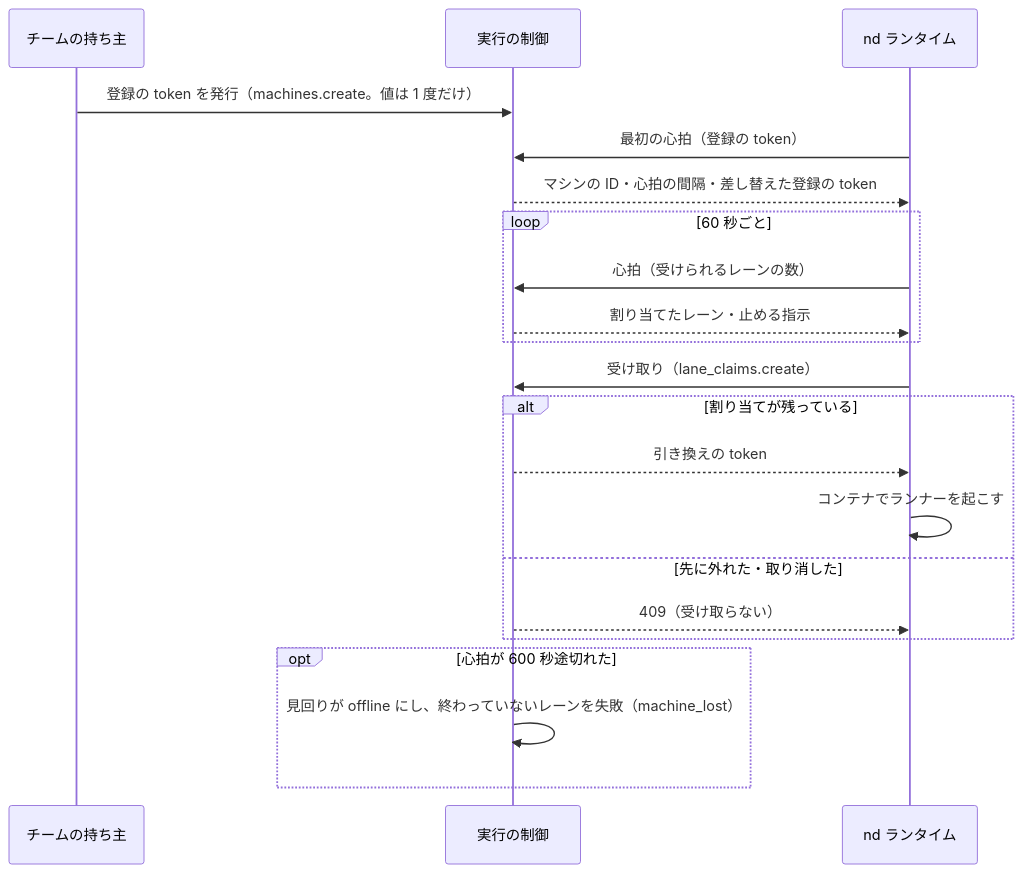
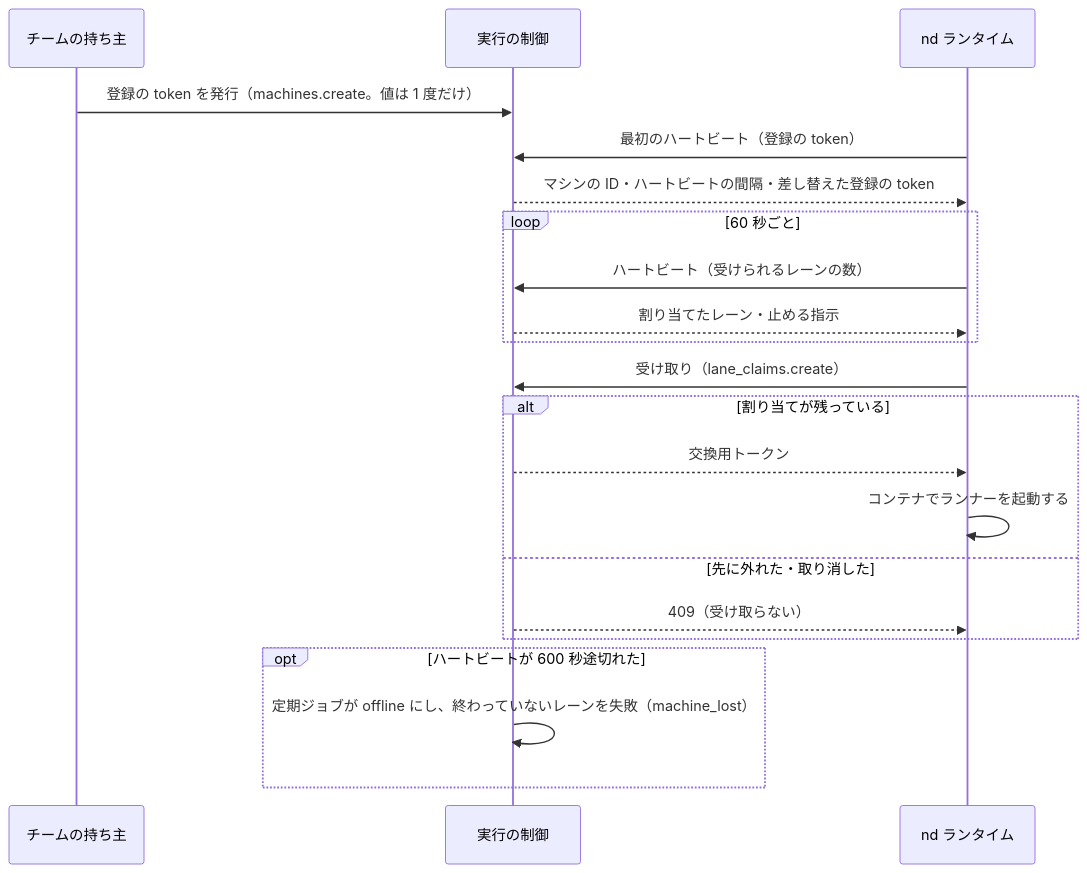
One commit to devbasex/nd-factory changed the sixth of 10 diagrams in docs/design/execution.md. Above: the diagram before and after it, drawn with Mermaid. The commit also changed other lines of this file and 114 other files, not shown here.

````diff
--- a/docs/design/execution.md
+++ b/docs/design/execution.md
@@ -259,23 +260,23 @@
 ```mermaid
 sequenceDiagram
     participant O as チームの持ち主
     participant API as 実行の制御
     participant M as nd ランタイム
     O->>API: 登録の token を発行（machines.create。値は 1 度だけ）
-    M->>API: 最初の心拍（登録の token）
-    API-->>M: マシンの ID・心拍の間隔・差し替えた登録の token
+    M->>API: 最初のハートビート（登録の token）
+    API-->>M: マシンの ID・ハートビートの間隔・差し替えた登録の token
     loop 60 秒ごと
-        M->>API: 心拍（受けられるレーンの数）
+        M->>API: ハートビート（受けられるレーンの数）
         API-->>M: 割り当てたレーン・止める指示
     end
     M->>API: 受け取り（lane_claims.create）
     alt 割り当てが残っている
-        API-->>M: 引き換えの token
-        M->>M: コンテナでランナーを起こす
+        API-->>M: 交換用トークン
+        M->>M: コンテナでランナーを起動する
     else 先に外れた・取り消した
         API-->>M: 409（受け取らない）
     end
-    opt 心拍が 600 秒途切れた
-        API->>API: 見回りが offline にし、終わっていないレーンを失敗（machine_lost）
+    opt ハートビートが 600 秒途切れた
+        API->>API: 定期ジョブが offline にし、終わっていないレーンを失敗（machine_lost）
     end
 ```
````
